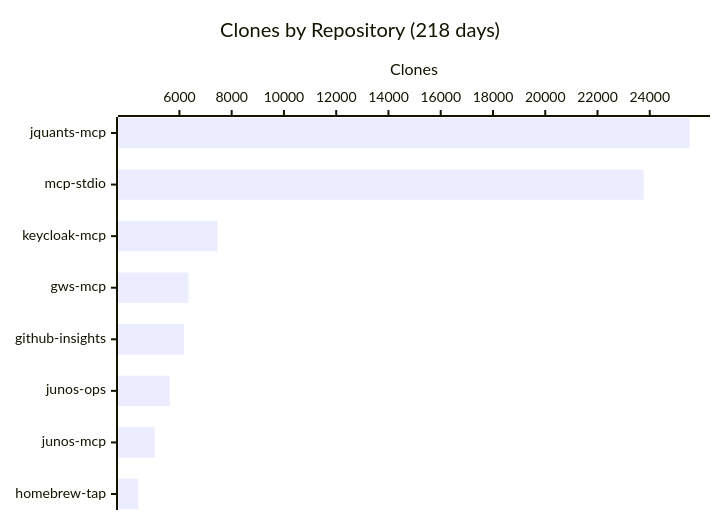
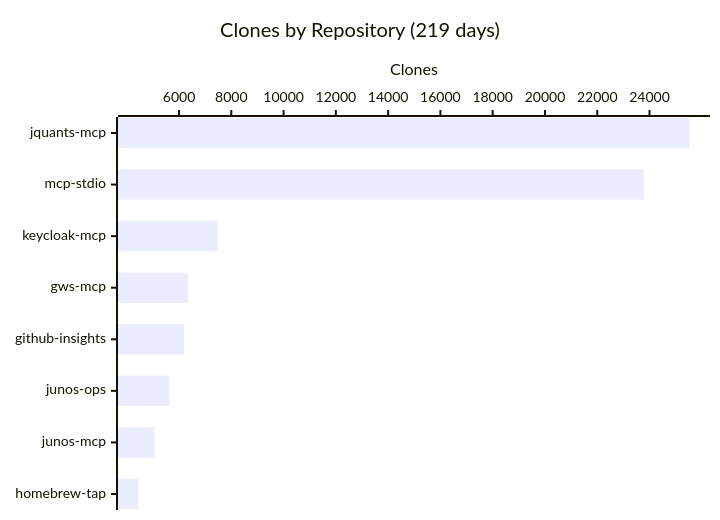
One commit to shigechika/github-insights changed the fourth of 4 diagrams in README.md. Above: the diagram before and after it, drawn with Mermaid. The commit also changed other lines of this file and 2 other files, not shown here.

````diff
--- a/README.md
+++ b/README.md
@@ -58,7 +58,7 @@
 ```mermaid
 xychart-beta horizontal
-    title "Clones by Repository (218 days)"
+    title "Clones by Repository (219 days)"
     x-axis ["jquants-mcp", "mcp-stdio", "keycloak-mcp", "gws-mcp", "github-insights", "junos-ops", "junos-mcp", "homebrew-tap"]
     y-axis "Clones"
-    bar [25528, 23766, 7455, 6346, 6174, 5628, 5056, 4427]
+    bar [25537, 23780, 7487, 6352, 6194, 5631, 5065, 4443]
 ```
````
